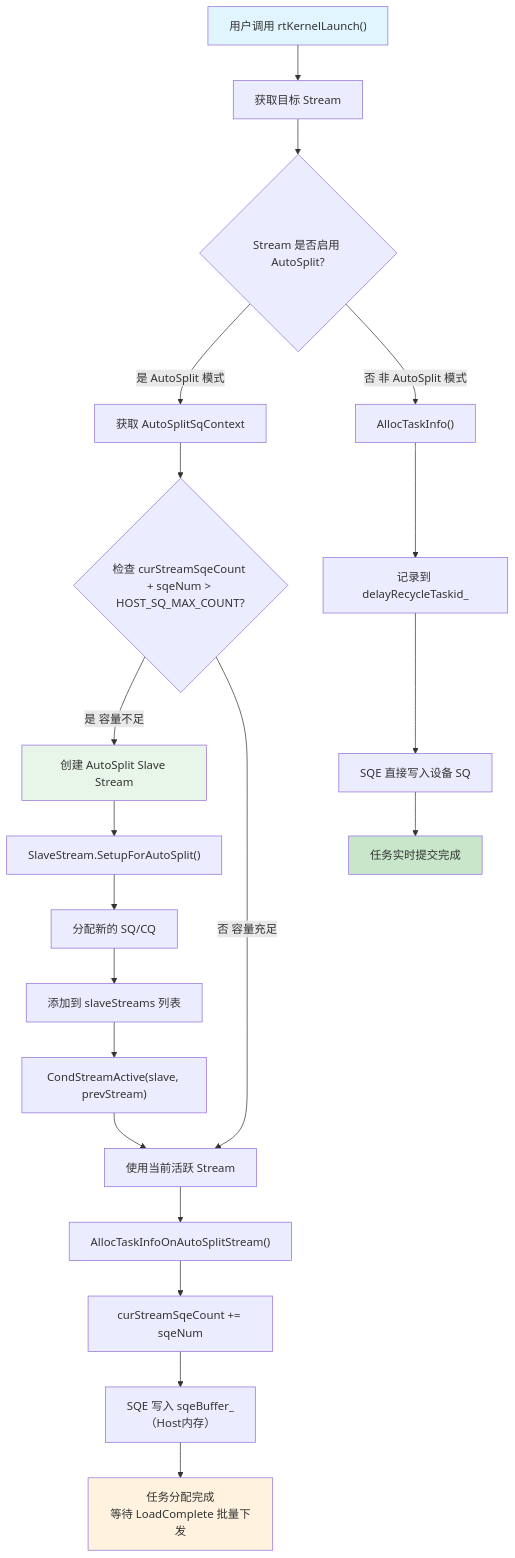
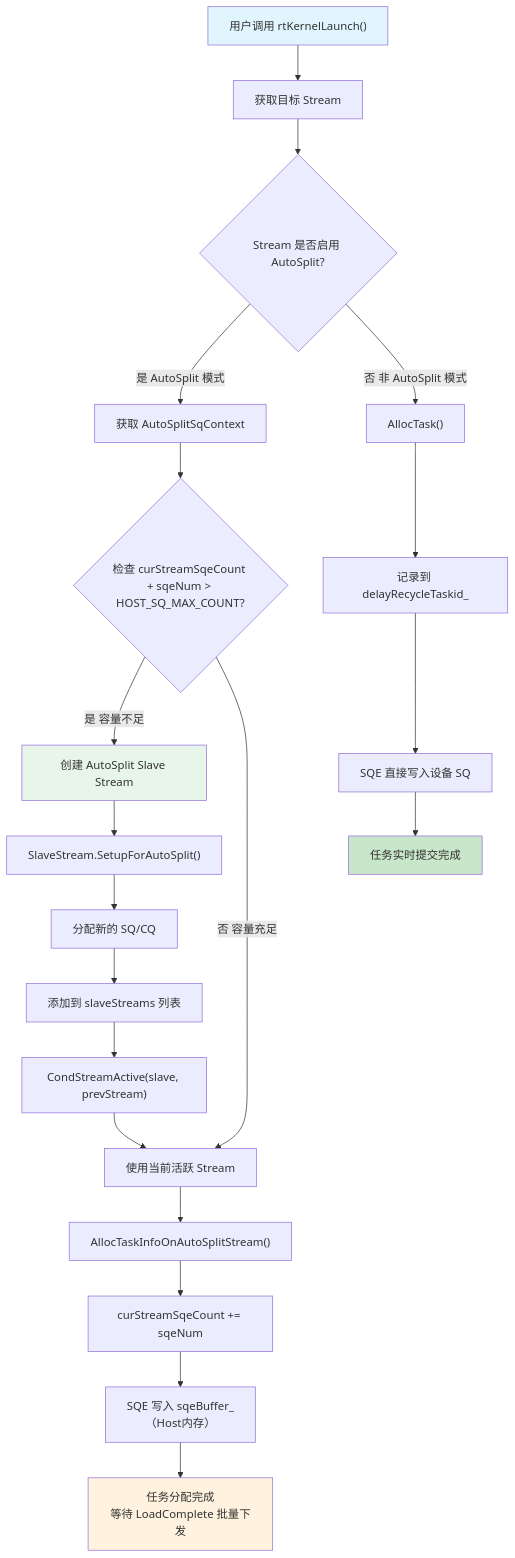
Before and after one commit to hicann/runtime: diagram 11 of 21 in docs/zh/design/modules/model/model.md, drawn with Mermaid. The commit also changed other lines of this file and 6 other files, not shown here.

````diff
--- a/docs/zh/design/modules/model/model.md
+++ b/docs/zh/design/modules/model/model.md
@@ -640,36 +640,36 @@
 ```mermaid
 flowchart TD
     A["用户调用 rtKernelLaunch()"] --> B["获取目标 Stream"]
     B --> J{"Stream 是否启用 AutoSplit?"}
     
     %% AutoSplit 路径
     J -->|是 AutoSplit 模式| E1["获取 AutoSplitSqContext"]
     E1 --> F1{"检查 curStreamSqeCount + sqeNum > HOST_SQ_MAX_COUNT?"}
     
     %% 容量不足，创建 Slave Stream
     F1 -->|是 容量不足| G1["创建 AutoSplit Slave Stream"]
     G1 --> H1["SlaveStream.SetupForAutoSplit()"]
     H1 --> I1["分配新的 SQ/CQ"]
     I1 --> K1["添加到 slaveStreams 列表"]
     K1 --> L1["CondStreamActive(slave, prevStream)"]
     L1 --> M1["使用当前活跃 Stream（Master 或 Slave）"]
     
     %% 容量充足
     F1 -->|否 容量充足| M1["使用当前活跃 Stream"]
     
     M1 --> N1["AllocTaskInfoOnAutoSplitStream()"]
     N1 --> O1["curStreamSqeCount += sqeNum"]
     O1 --> P1["SQE 写入 sqeBuffer_<br/>（Host内存）"]
     P1 --> Q1["任务分配完成<br/>等待 LoadComplete 批量下发"]
     
     %% 非 AutoSplit 路径
-    J -->|否 非 AutoSplit 模式| E2["AllocTaskInfo()"]
+    J -->|否 非 AutoSplit 模式| E2["AllocTask()"]
     E2 --> F2["记录到 delayRecycleTaskid_"]
     F2 --> G2["SQE 直接写入设备 SQ"]
     G2 --> Q2["任务实时提交完成"]
     
     style A fill:#e1f5ff
     style Q1 fill:#fff3e0
     style Q2 fill:#c8e6c9
     style G1 fill:#e8f5e9
 ```
````
